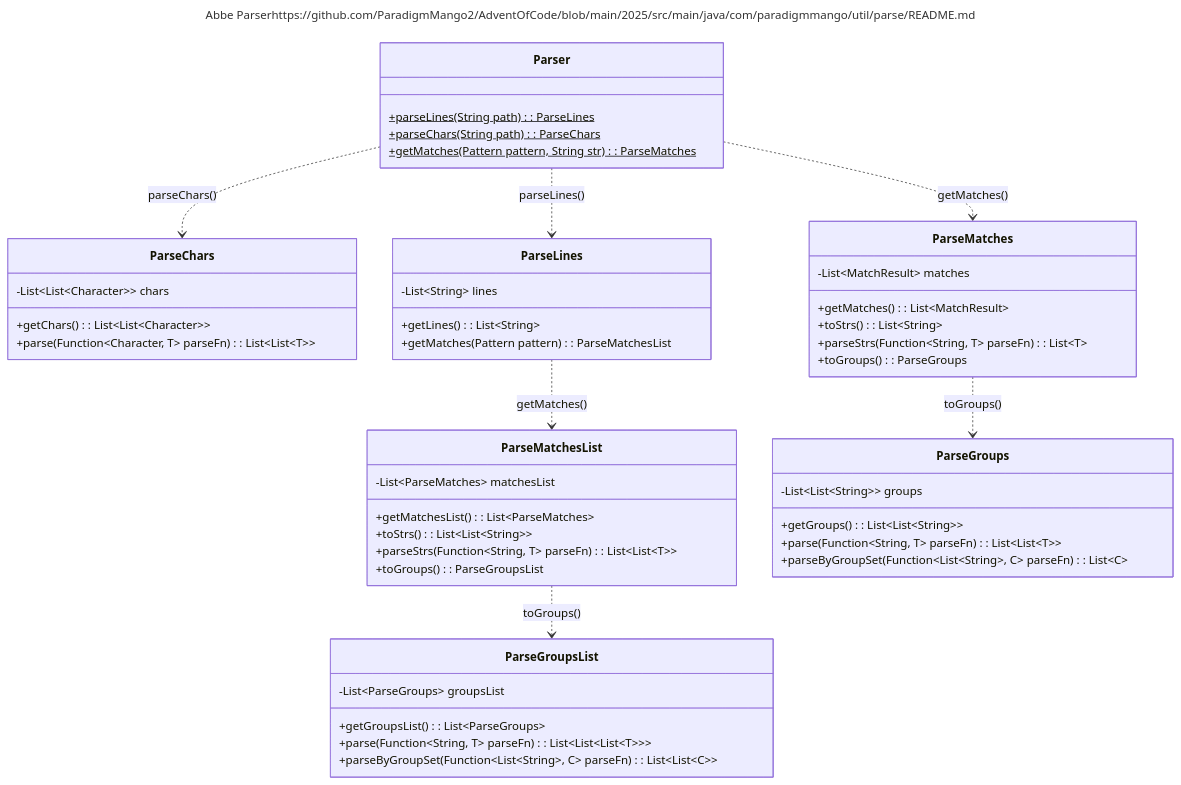
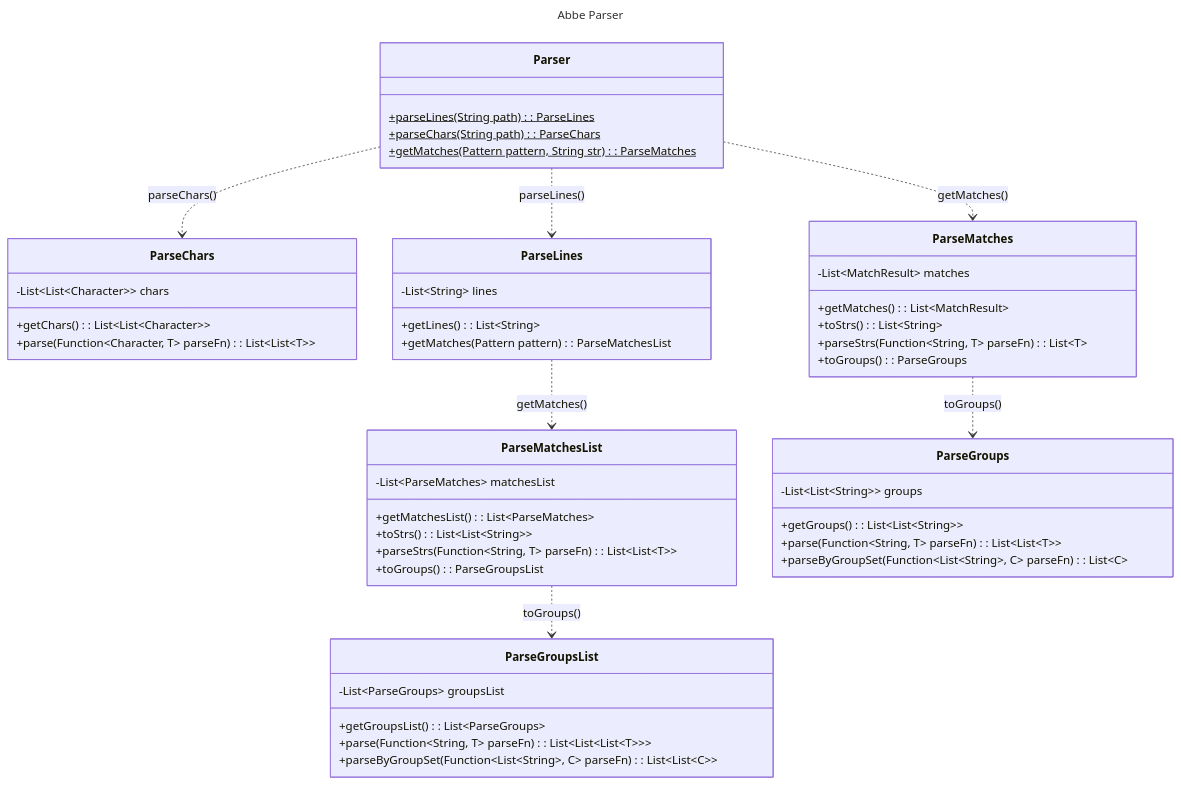
Before and after one commit to ParadigmMango2/AdventOfCode: the diagram in 2025/src/main/java/com/paradigmmango/util/parse/README.md, drawn with Mermaid.

Commit message:
Fix typo in class diagram

````diff
--- a/2025/src/main/java/com/paradigmmango/util/parse/README.md
+++ b/2025/src/main/java/com/paradigmmango/util/parse/README.md
@@ -1,67 +1,67 @@
 ```mermaid
 ---
-title: Abbe Parserhttps://github.com/ParadigmMango2/AdventOfCode/blob/main/2025/src/main/java/com/paradigmmango/util/parse/README.md
+title: Abbe Parser
 ---
 classDiagram
     class Parser{
         +parseLines(String path)$ : ParseLines
         +parseChars(String path)$ : ParseChars
         +getMatches(Pattern pattern, String str)$ : ParseMatches
     }
     Parser ..> ParseChars : parseChars()
     Parser ..> ParseLines : parseLines()
     Parser ..> ParseMatches : getMatches()
 
     class ParseLines{
         -List~String~ lines
 
         +getLines() : List~String~
         +getMatches(Pattern pattern) : ParseMatchesList
     }
     ParseLines ..> ParseMatchesList : getMatches()
 
     class ParseChars{
         -List~List~Character~~ chars
 
         +getChars() : List~List~Character~~
         +parse(Function~Character, T~ parseFn) : List~List~T~~
     }
 
     class ParseMatches{
         -List~MatchResult~ matches
 
         +getMatches() : List~MatchResult~
         +toStrs() : List~String~
         +parseStrs(Function~String, T~ parseFn) : List~T~
         +toGroups() : ParseGroups
     }
     ParseMatches ..> ParseGroups : toGroups()
 
     class ParseGroups{
         -List~List~String~~ groups
 
         +getGroups() : List~List~String~~
         +parse(Function~String, T~ parseFn) : List~List~T~~
         +parseByGroupSet(Function~List&lt;String&gt;, C~ parseFn) : List~C~
     }
 
     class ParseMatchesList{
         -List~ParseMatches~ matchesList
 
         +getMatchesList() : List~ParseMatches~
         +toStrs() : List~List~String~~
         +parseStrs(Function~String, T~ parseFn) : List~List~T~~
         +toGroups() : ParseGroupsList
     }
     %% ParseMatchesList *-- ParseMatches
     ParseMatchesList ..> ParseGroupsList : toGroups()
 
     class ParseGroupsList{
         -List~ParseGroups~ groupsList
 
         +getGroupsList() : List~ParseGroups~
         +parse(Function~String, T~ parseFn) : List~List~List~T~~~
         +parseByGroupSet(Function~List&lt;String&gt;, C~ parseFn) : List~List~C~~
     }
     %% ParseGroupsList *-- ParseGroups
 ```
````
